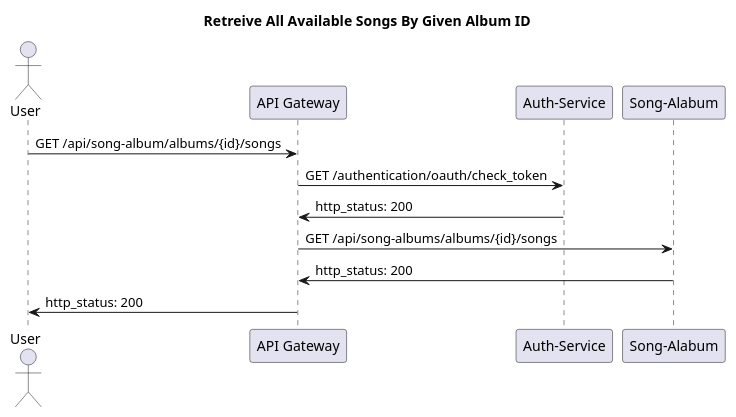
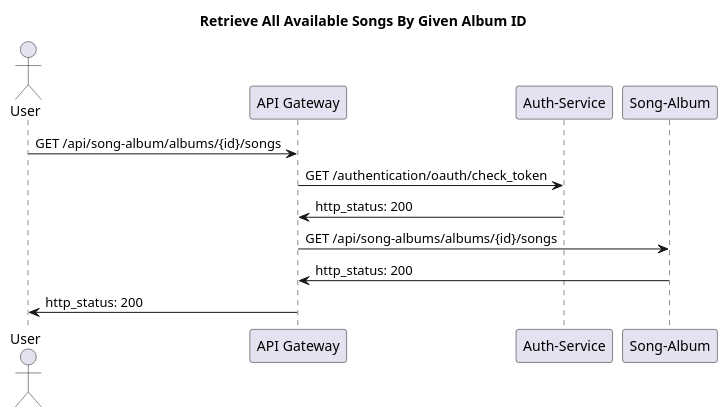
One commit to PheaSoy/java-microservice-completed-solution changed the diagram in sequence-diagram/list-song-by-album.wsd. Above: the diagram before and after it, drawn with PlantUML. The commit also changed 17 other files, not shown here.

```diff
--- a/sequence-diagram/list-song-by-album.wsd
+++ b/sequence-diagram/list-song-by-album.wsd
@@ -1,15 +1,15 @@
 @startuml
-    title : Retreive All Available Songs By Given Album ID
+    title : Retrieve All Available Songs By Given Album ID
     actor "User" as user
     participant "API Gateway" as api_gw
     participant "Auth-Service" as auth
-    participant "Song-Alabum" as song_album
+    participant "Song-Album" as song_album
 
     user -> api_gw: GET /api/song-album/albums/{id}/songs
     api_gw -> auth: GET /authentication/oauth/check_token
     api_gw <- auth: http_status: 200
     api_gw -> song_album: GET /api/song-albums/albums/{id}/songs
     api_gw <- song_album: http_status: 200
     user <- api_gw: http_status: 200
     
 @enduml
```
